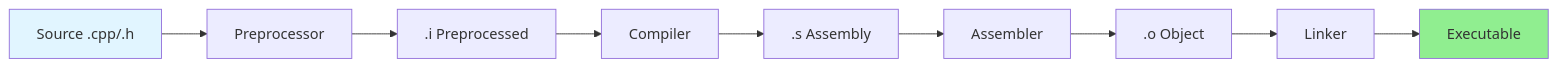
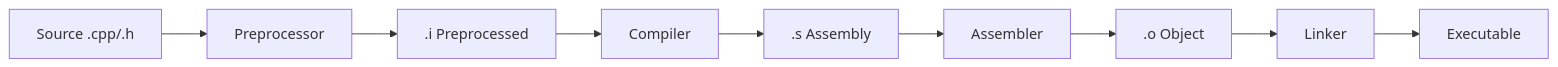
The first of 3 diagrams in docs/programming/cpp/01-toolchain-and-build/compilation-pipeline.md (AndriiSonsiadlo/knowledge-base), drawn with Mermaid before and after one commit. The commit also changed other lines of this file and 6 other files, not shown here.

Commit message:
style (C++): drop hardcoded mermaid fills in overview and toolchain diagrams

````diff
--- a/docs/programming/cpp/01-toolchain-and-build/compilation-pipeline.md
+++ b/docs/programming/cpp/01-toolchain-and-build/compilation-pipeline.md
@@ -19,14 +19,12 @@
 ```mermaid
 graph LR
     A[Source .cpp/.h] --> B[Preprocessor]
     B --> C[.i Preprocessed]
     C --> D[Compiler]
     D --> E[.s Assembly]
     E --> F[Assembler]
     F --> G[.o Object]
     G --> H[Linker]
     H --> I[Executable]
     
-    style A fill:#e1f5ff
-    style I fill:#90EE90
 ```
````
